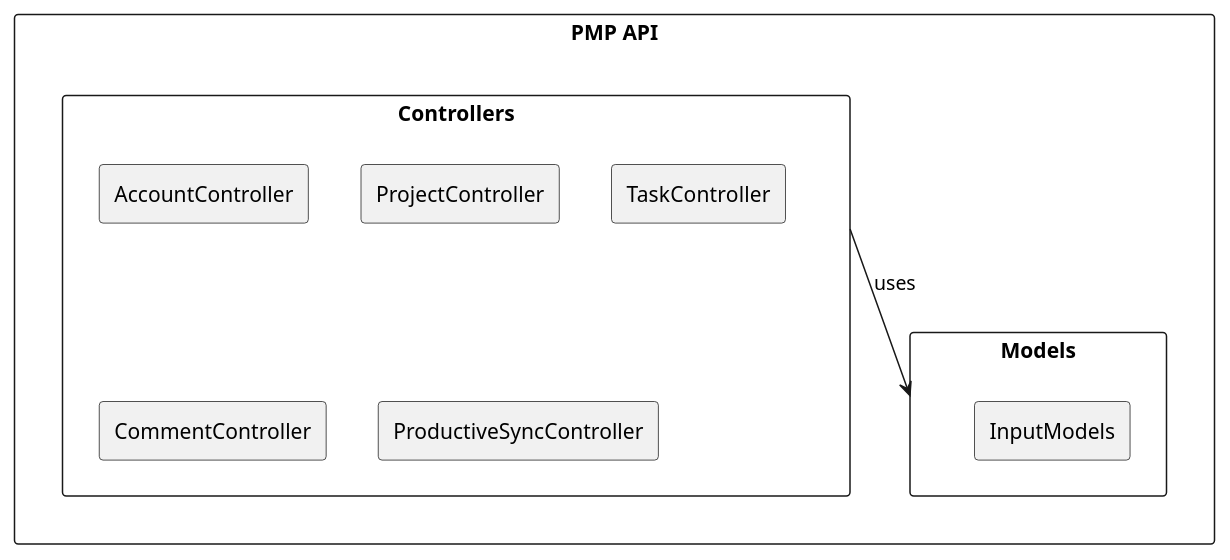
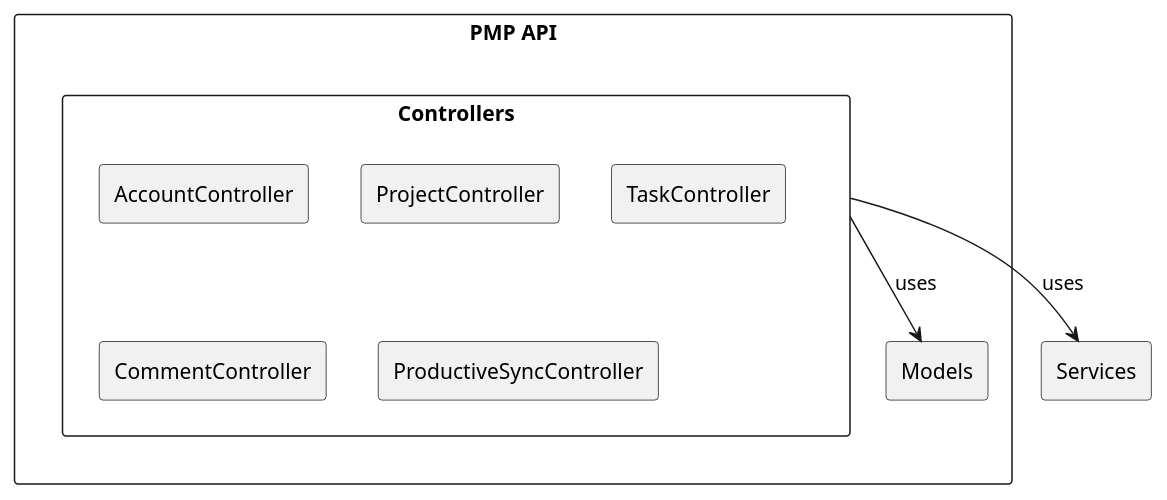
The fourth of 12 diagrams in Documentatie/Software Architecture Document.md (DCReceveur/pre-afstudeer-docs), drawn with PlantUML before and after one commit. The commit also changed other lines of this file and 9 other files, not shown here.

````diff
--- a/Documentatie/Software Architecture Document.md
+++ b/Documentatie/Software Architecture Document.md
@@ -131,16 +135,18 @@
 ```plantuml
 rectangle "PMP API"{
     rectangle "Controllers"{
         rectangle "AccountController"
         rectangle "ProjectController"
         rectangle "TaskController"
         rectangle "CommentController"
         rectangle "ProductiveSyncController"
     }
-    rectangle "Models"{
-        rectangle "InputModels"
+    rectangle Models
+
+}
+    rectangle "Services"{
     }
+    Controllers --> Services : uses
     Controllers --> Models : uses
-}
 
 ```
````
